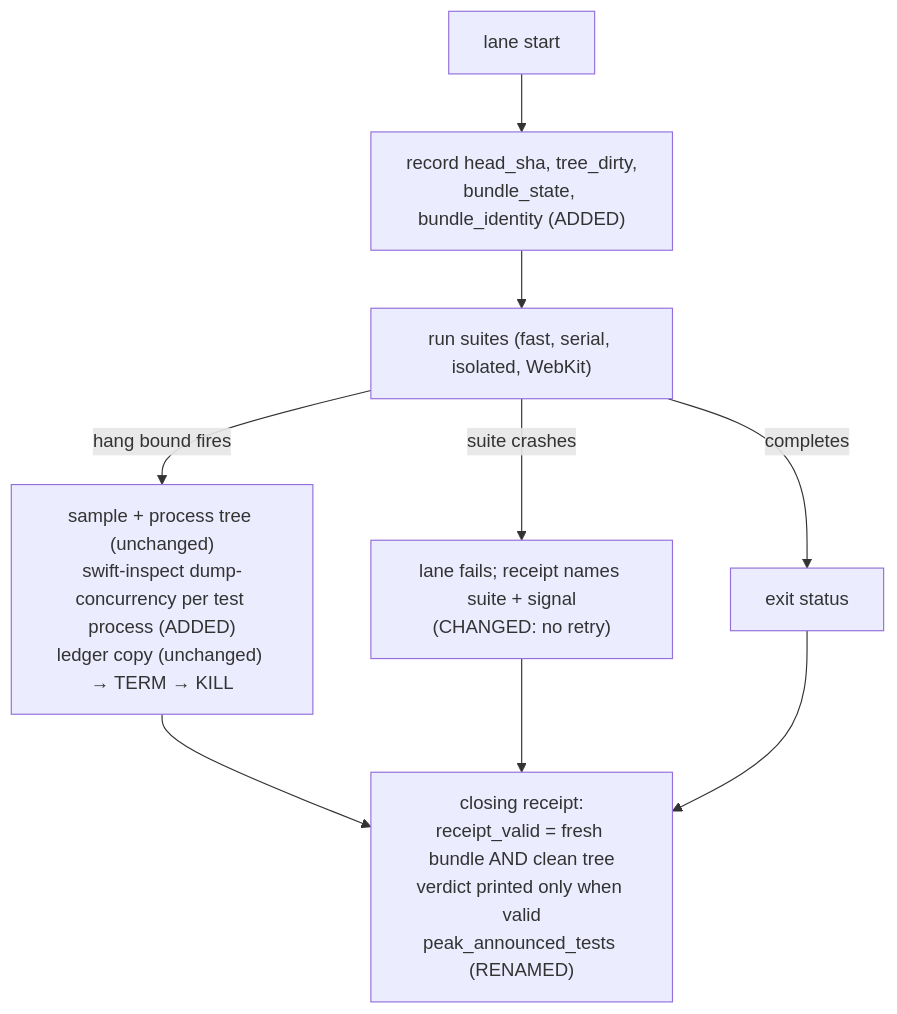
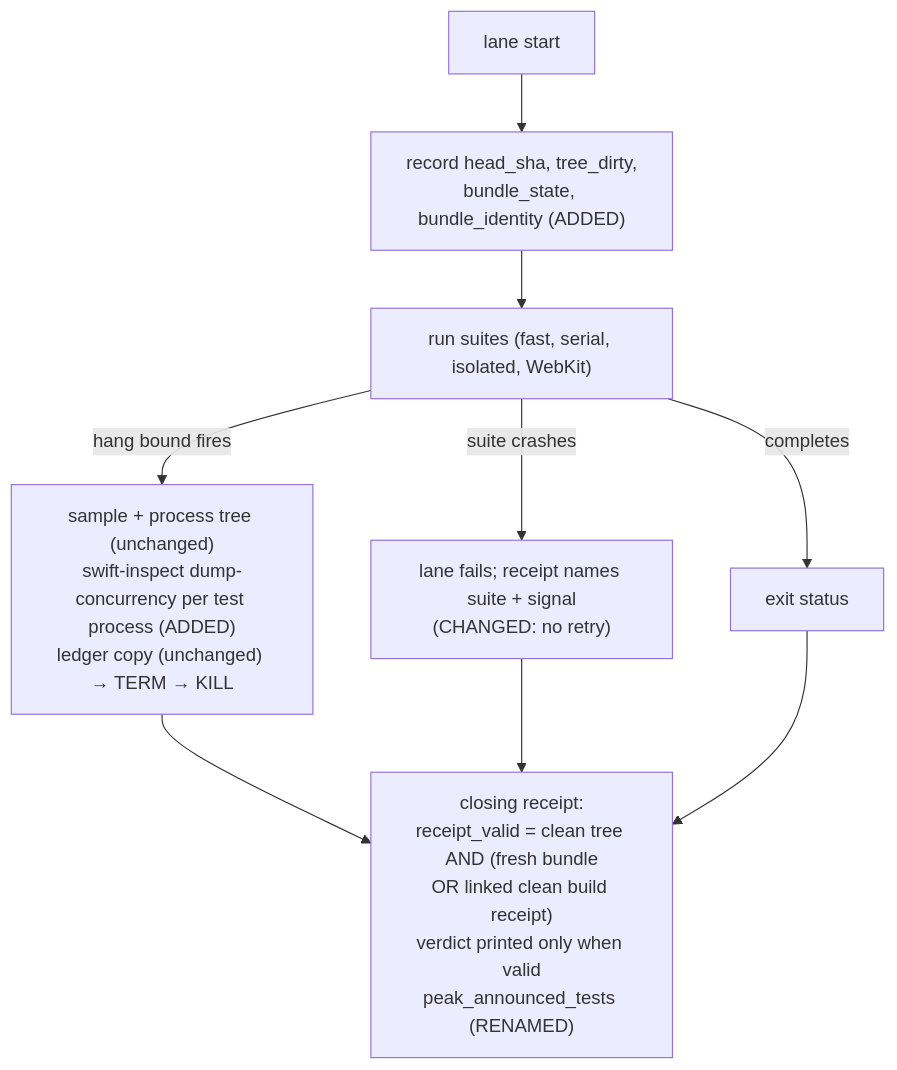
One commit to ShravanSunder/agentstudio changed the seventh of 7 diagrams in docs/specs/2026-09-23-ci-guardrails/2026-09-23-ci-guardrails-program-design.md. Above: the diagram before and after it, drawn with Mermaid. The commit also changed other lines of this file and 1 other file, not shown here.

````diff
--- a/docs/specs/2026-09-23-ci-guardrails/2026-09-23-ci-guardrails-program-design.md
+++ b/docs/specs/2026-09-23-ci-guardrails/2026-09-23-ci-guardrails-program-design.md
@@ -328,11 +339,11 @@
 ```mermaid
 flowchart TB
     START["lane start"] --> ID["record head_sha, tree_dirty,<br/>bundle_state, bundle_identity (ADDED)"]
     ID --> RUN["run suites (fast, serial, isolated, WebKit)"]
     RUN -->|suite crashes| RED["lane fails; receipt names suite + signal<br/>(CHANGED: no retry)"]
     RUN -->|hang bound fires| HANG["sample + process tree (unchanged)<br/>swift-inspect dump-concurrency per test process (ADDED)<br/>ledger copy (unchanged) → TERM → KILL"]
     RUN -->|completes| DONE["exit status"]
     HANG --> RECEIPT
     RED --> RECEIPT
-    DONE --> RECEIPT["closing receipt:<br/>receipt_valid = fresh bundle AND clean tree<br/>verdict printed only when valid<br/>peak_announced_tests (RENAMED)"]
+    DONE --> RECEIPT["closing receipt:<br/>receipt_valid = clean tree AND (fresh bundle<br/>OR linked clean build receipt)<br/>verdict printed only when valid<br/>peak_announced_tests (RENAMED)"]
 ```
````
